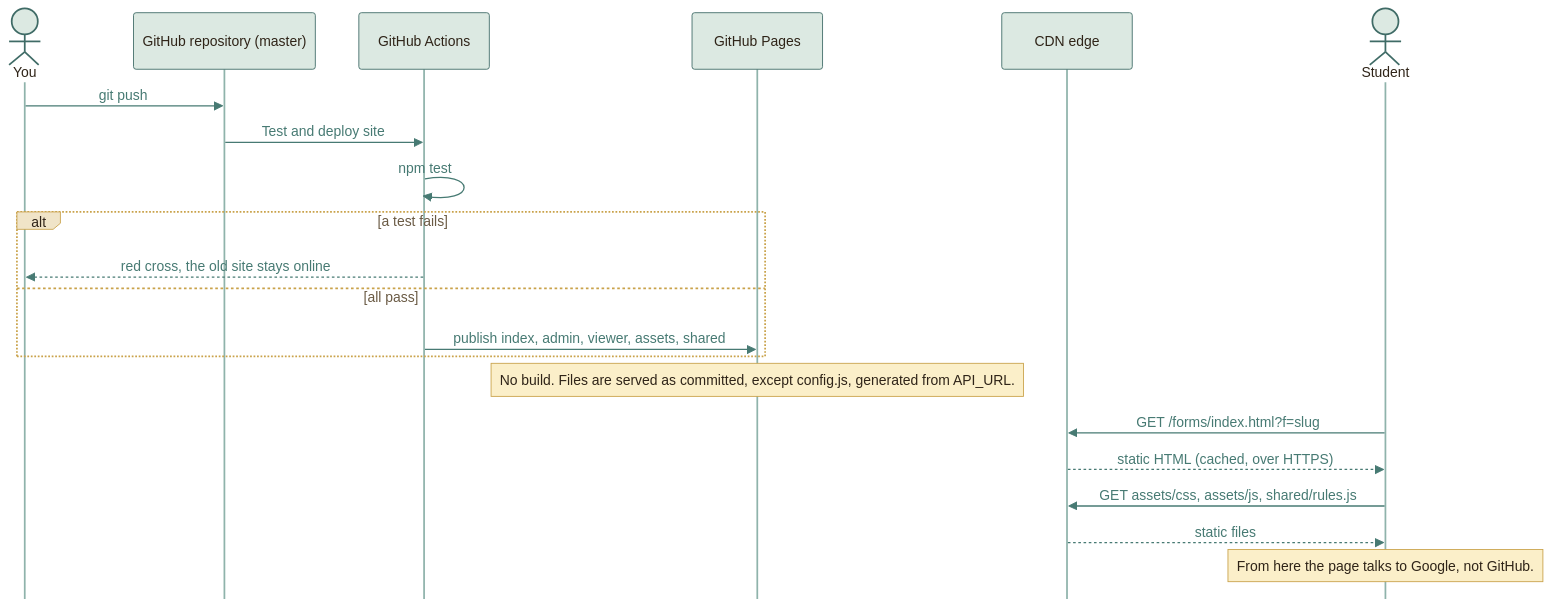
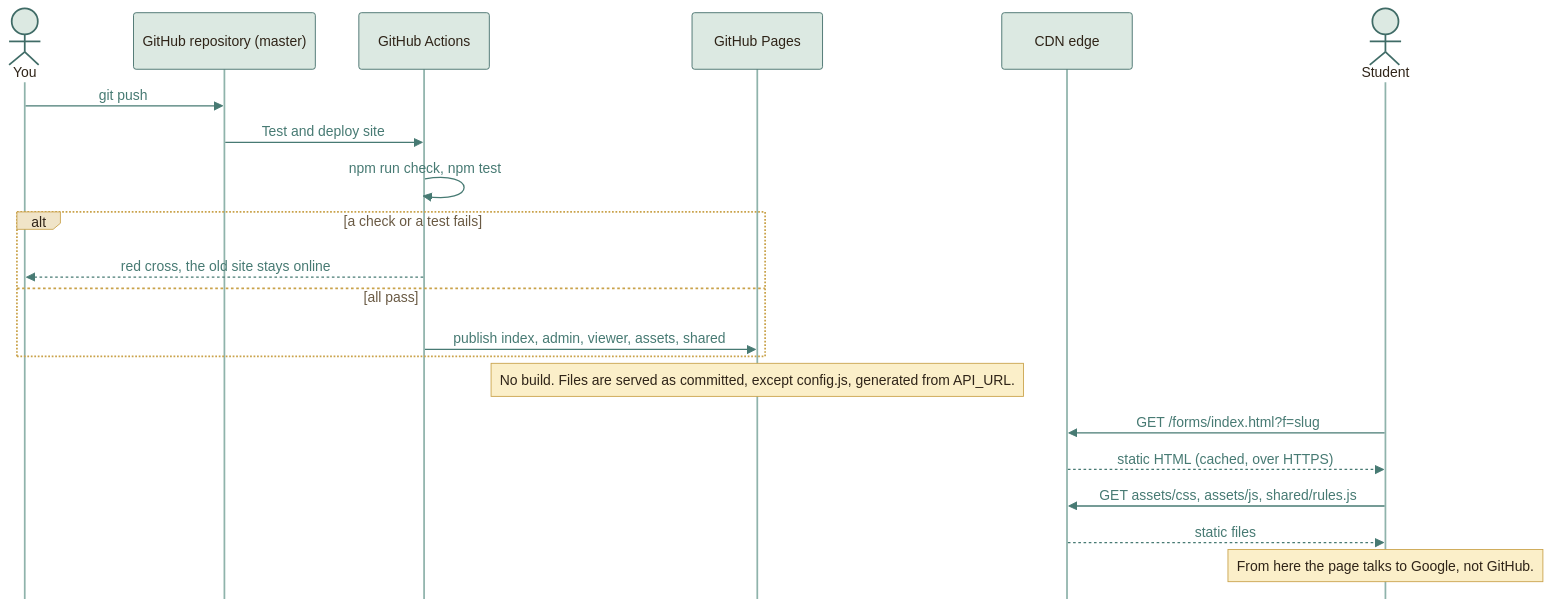
Before and after one commit to moyeh04/forms-platform: the second of 4 diagrams in docs/architecture/HOSTING.md, drawn with Mermaid. The commit also changed 6 other files, not shown here.

First line of the commit message:
ci(checks): Run every check before a push and before the tests in CI

````diff
--- a/docs/architecture/HOSTING.md
+++ b/docs/architecture/HOSTING.md
@@ -86,46 +86,46 @@
 ```mermaid
 %%{init: {
   'theme': 'base',
   'themeVariables': {
     'fontFamily': 'ui-sans-serif, system-ui, -apple-system, Segoe UI, Roboto, sans-serif',
     'fontSize': '15px',
     'primaryColor': '#DCE9E2', 'primaryBorderColor': '#3F6B66', 'primaryTextColor': '#2F2418',
     'secondaryColor': '#F0E4C8', 'secondaryBorderColor': '#C9A24A', 'secondaryTextColor': '#2F2418',
     'tertiaryColor': '#F6EFDC', 'tertiaryBorderColor': '#CDBB94', 'tertiaryTextColor': '#2F2418',
     'lineColor': '#3F6B66', 'textColor': '#2F2418', 'mainBkg': '#DCE9E2', 'nodeBorder': '#3F6B66',
     'clusterBkg': '#F6EFDC', 'clusterBorder': '#CDBB94', 'titleColor': '#2F2418',
     'edgeLabelBackground': '#F8F1DD',
     'actorBkg': '#DCE9E2', 'actorBorder': '#3F6B66', 'actorTextColor': '#2F2418', 'actorLineColor': '#8FB3AB',
     'signalColor': '#477A73', 'signalTextColor': '#477A73',
     'labelBoxBkgColor': '#F0E4C8', 'labelBoxBorderColor': '#C9A24A', 'labelTextColor': '#2F2418', 'loopTextColor': '#6A5A44',
     'noteBkgColor': '#FBEFC9', 'noteBorderColor': '#C9A24A', 'noteTextColor': '#2F2418',
     'activationBkgColor': '#DCE9E2', 'activationBorderColor': '#3F6B66', 'sequenceNumberColor': '#F8F1DD',
     'transitionColor': '#3F6B66', 'stateLabelColor': '#2F2418', 'stateBkg': '#DCE9E2', 'altBackground': '#F6EFDC',
     'attributeBackgroundColorOdd': '#F8F1DD', 'attributeBackgroundColorEven': '#F0E4C8'
   },
   'flowchart': {'curve': 'basis', 'padding': 14, 'nodeSpacing': 40, 'rankSpacing': 46},
   'sequence': {'mirrorActors': false, 'messageMargin': 34, 'boxMargin': 8}
 }}%%
 sequenceDiagram
     actor Dev as You
     participant Git as GitHub repository (master)
     participant CI as GitHub Actions
     participant Pages as GitHub Pages
     participant CDN as CDN edge
     actor Stu as Student
 
     Dev->>Git: git push
     Git->>CI: Test and deploy site
-    CI->>CI: npm test
-    alt a test fails
+    CI->>CI: npm run check, npm test
+    alt a check or a test fails
         CI-->>Dev: red cross, the old site stays online
     else all pass
         CI->>Pages: publish index, admin, viewer, assets, shared
     end
     Note over Pages: No build. Files are served as committed, except config.js, generated from API_URL.
     Stu->>CDN: GET /forms/index.html?f=slug
     CDN-->>Stu: static HTML (cached, over HTTPS)
     Stu->>CDN: GET assets/css, assets/js, shared/rules.js
     CDN-->>Stu: static files
     Note over Stu: From here the page talks to Google, not GitHub.
 ```
````
